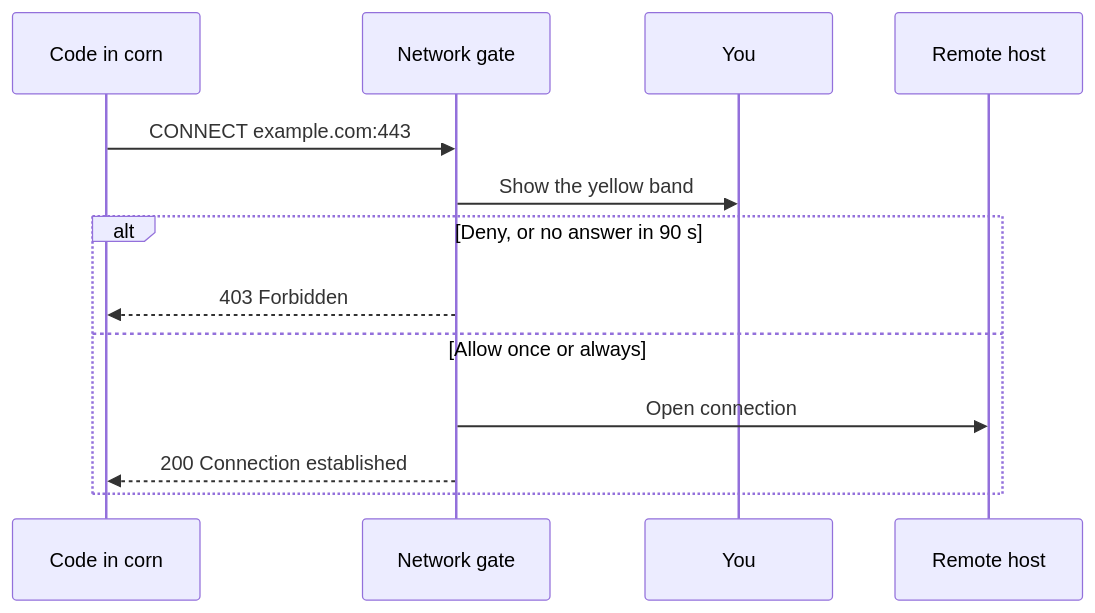
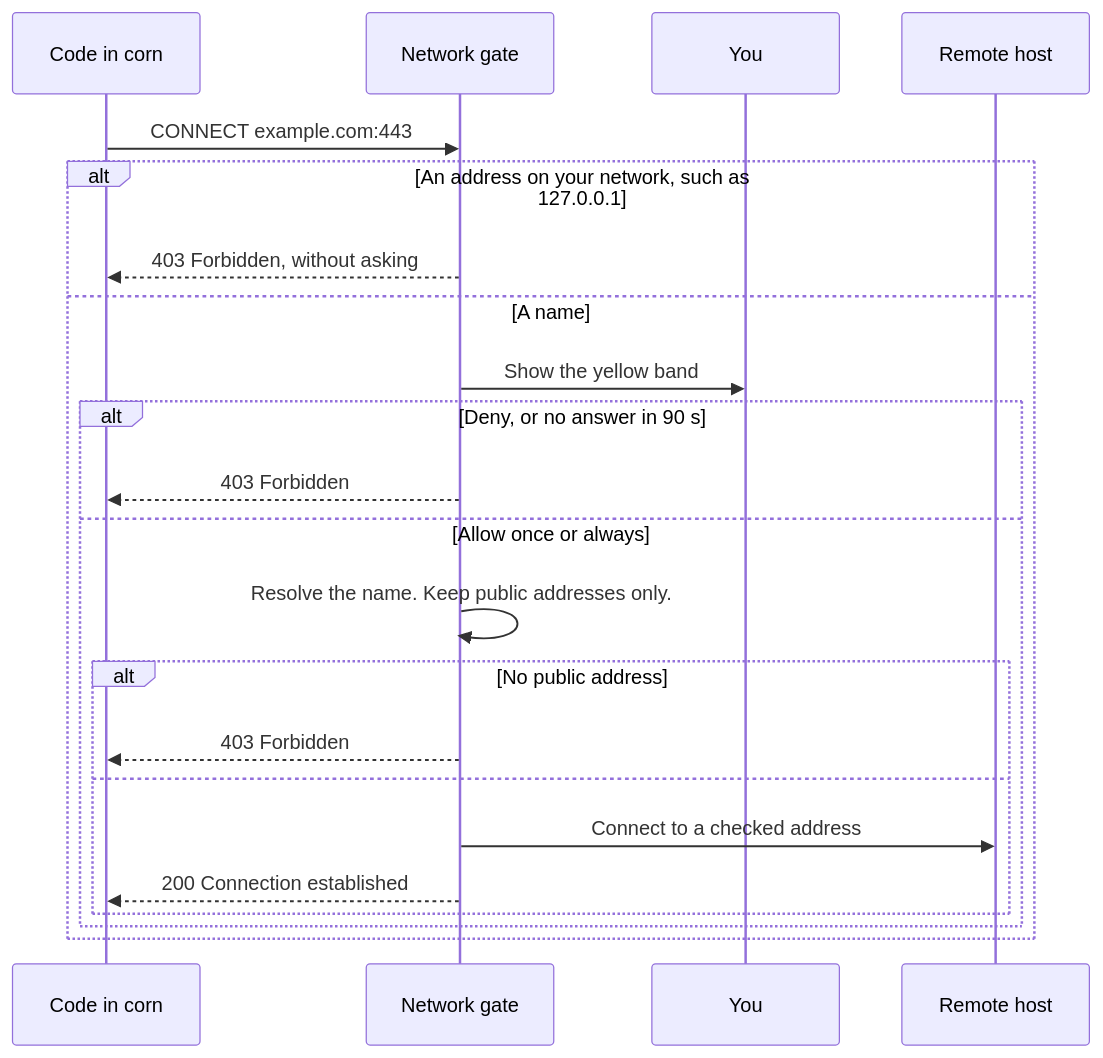
The second of 2 diagrams in README.md (KunalSin9h/Popcorn), drawn with Mermaid before and after one commit. The commit also changed other lines of this file, not shown here.

Commit message:
README: architecture shows the address check

````diff
--- a/README.md
+++ b/README.md
@@ -86,15 +86,24 @@
 ```mermaid
 sequenceDiagram
   participant C as Code in corn
   participant G as Network gate
   participant Y as You
   participant H as Remote host
   C->>G: CONNECT example.com:443
-  G->>Y: Show the yellow band
-  alt Deny, or no answer in 90 s
-    G-->>C: 403 Forbidden
-  else Allow once or always
-    G->>H: Open connection
-    G-->>C: 200 Connection established
+  alt An address on your network, such as 127.0.0.1
+    G-->>C: 403 Forbidden, without asking
+  else A name
+    G->>Y: Show the yellow band
+    alt Deny, or no answer in 90 s
+      G-->>C: 403 Forbidden
+    else Allow once or always
+      G->>G: Resolve the name. Keep public addresses only.
+      alt No public address
+        G-->>C: 403 Forbidden
+      else
+        G->>H: Connect to a checked address
+        G-->>C: 200 Connection established
+      end
+    end
   end
 ```
````
